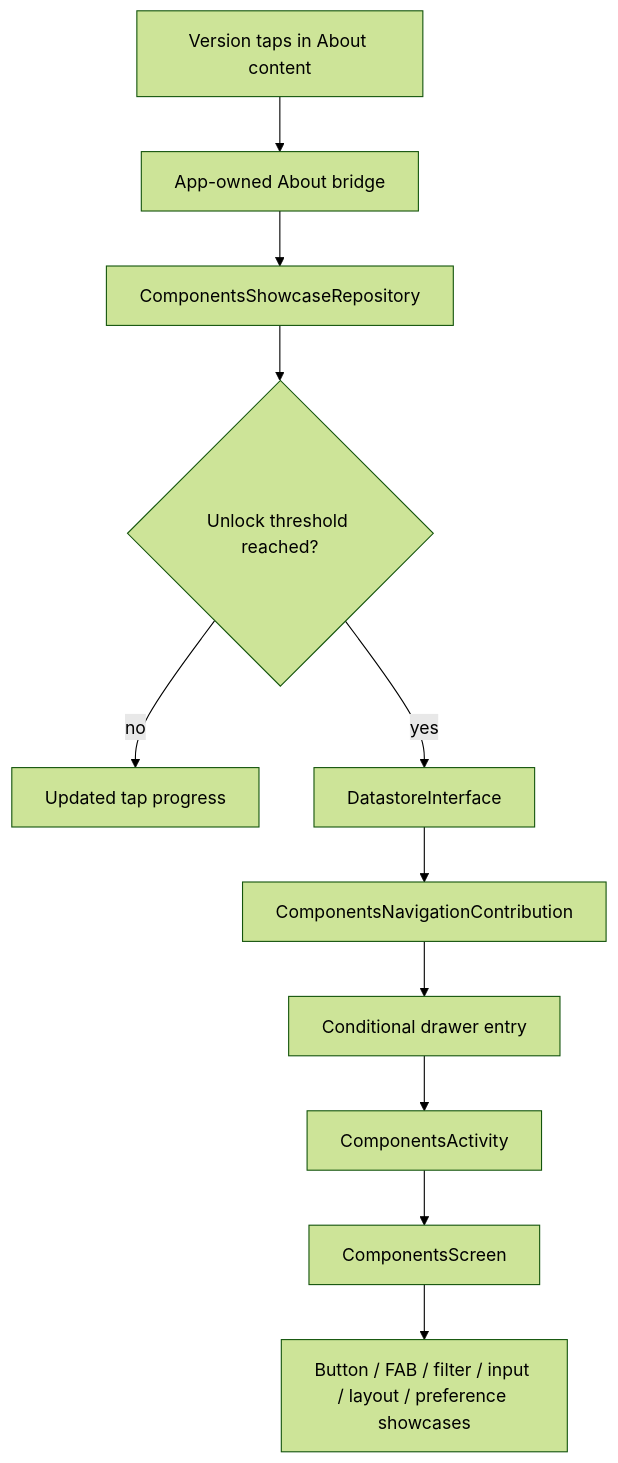
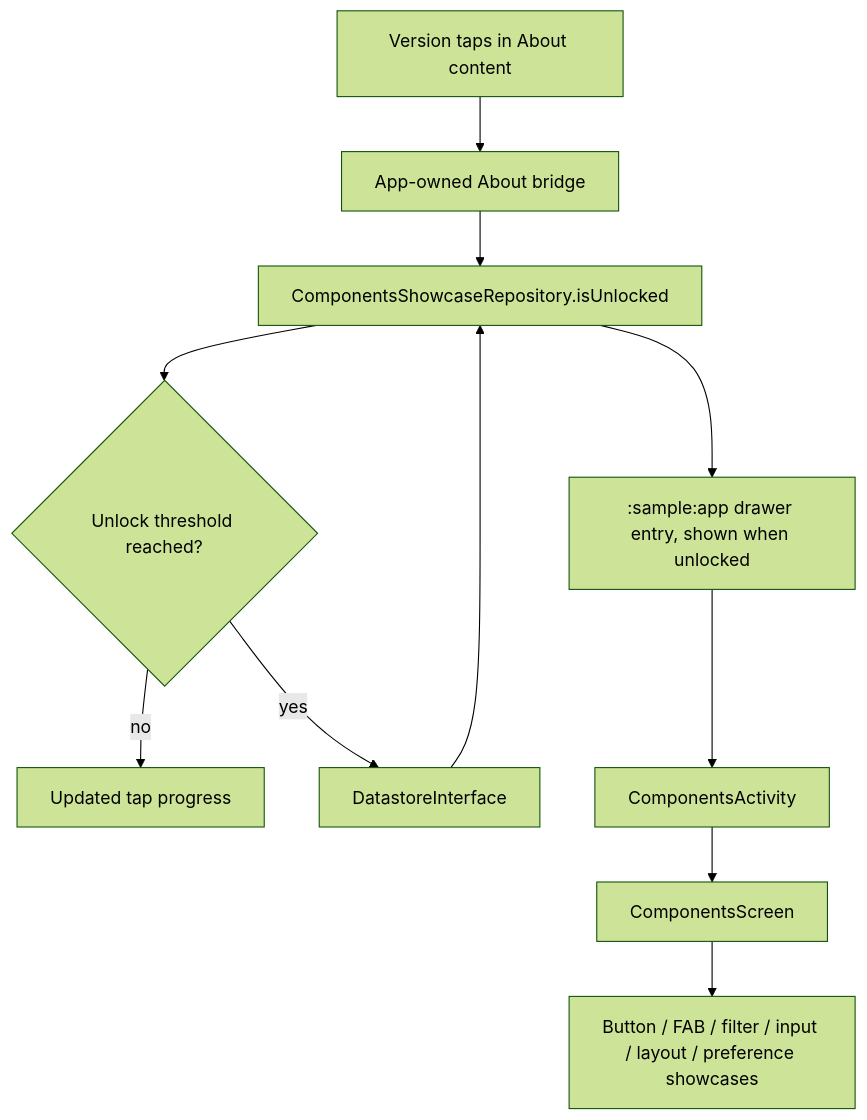
One commit to MihaiCristianCondrea/App-Toolkit-for-Android changed the diagram in sample/feature/components/README.md. Above: the diagram before and after it, drawn with Mermaid (forest theme). The commit also changed other lines of this file and 32 other files, not shown here.

````diff
--- a/sample/feature/components/README.md
+++ b/sample/feature/components/README.md
@@ -31,13 +31,13 @@
 ```mermaid
 flowchart TD
     About[Version taps in About content] --> Bridge[App-owned About bridge]
     Bridge --> Repo[ComponentsShowcaseRepository]
     Repo --> Counter{Unlock threshold reached?}
     Counter -->|no| State[Updated tap progress]
     Counter -->|yes| Store[DatastoreInterface]
-    Store --> Contribution[ComponentsNavigationContribution]
-    Contribution --> Drawer[Conditional drawer entry]
+    Store --> Repo[ComponentsShowcaseRepository.isUnlocked]
+    Repo --> Drawer[":sample:app" drawer entry, shown when unlocked]
     Drawer --> Activity[ComponentsActivity]
     Activity --> Screen[ComponentsScreen]
     Screen --> Sections[Button / FAB / filter / input / layout / preference showcases]
 ```
````
